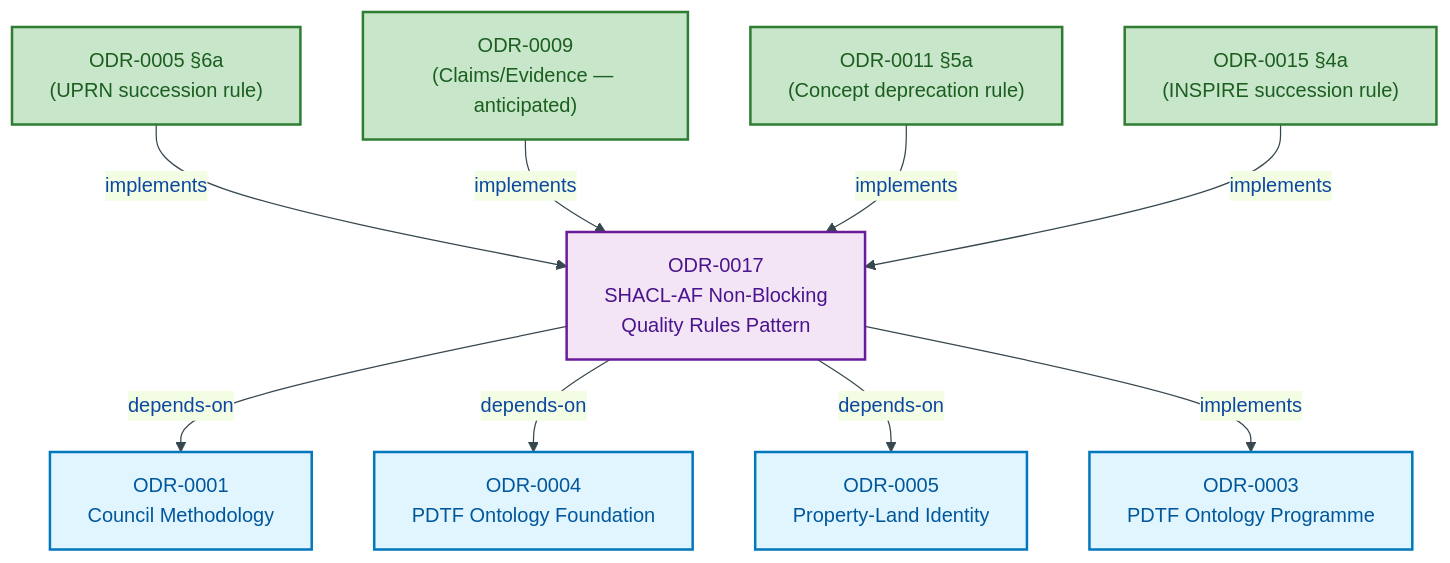
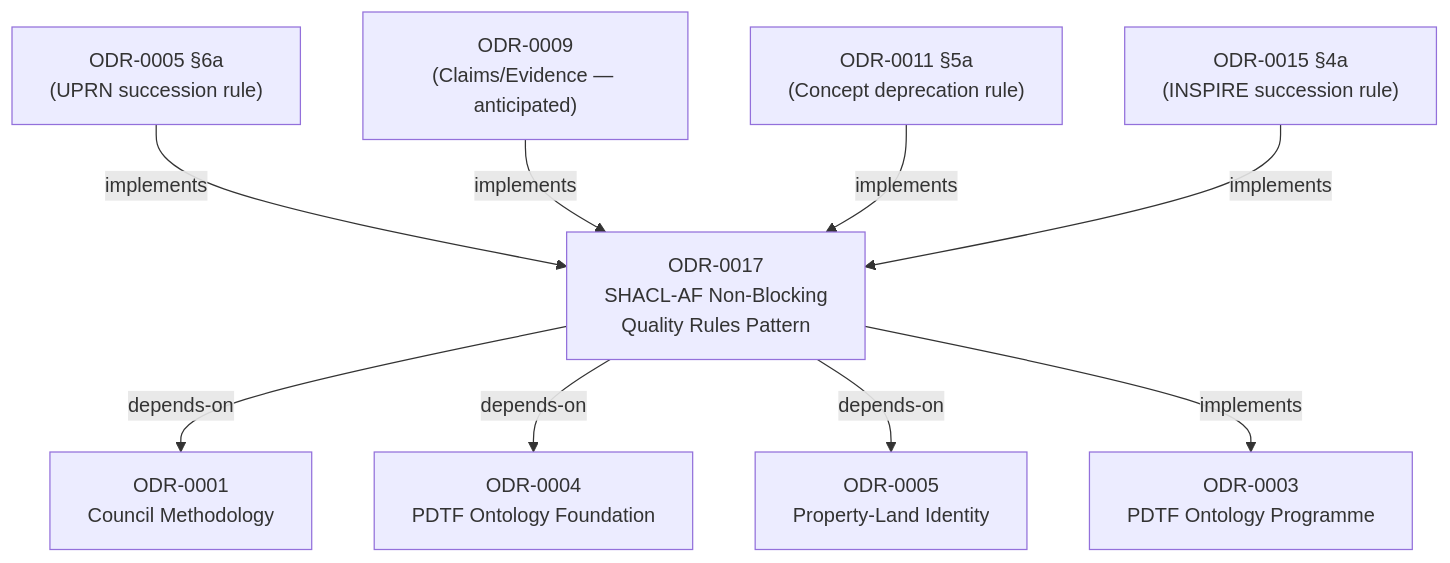
Before and after one commit to sparkling/opda: the fourth of 4 diagrams in docs/ontology/odr/ODR-0017-shacl-af-quality-rules-pattern.md, drawn with Mermaid. The commit also changed other lines of this file and 25 other files, not shown here.

````diff
--- a/docs/ontology/odr/ODR-0017-shacl-af-quality-rules-pattern.md
+++ b/docs/ontology/odr/ODR-0017-shacl-af-quality-rules-pattern.md
@@ -205,31 +191,27 @@
 ```mermaid
-%%{init:{"theme":"base","themeVariables":{"primaryColor":"#E3F2FD","primaryTextColor":"#0D47A1","primaryBorderColor":"#1565C0","lineColor":"#37474F"}}}%%
 flowchart TD
     accTitle: ODR-0017 depends-on and implements graph
     accDescr: Shows the depends-on relationships from ODR-0017 to ODR-0001, ODR-0004, ODR-0005 and the implements relationship to ODR-0003, plus the four citing sites that implement ODR-0017.
-    classDef process fill:#E1F5FE,stroke:#0277BD,stroke-width:2px,color:#01579B
-    classDef output fill:#C8E6C9,stroke:#2E7D32,stroke-width:2px,color:#1B5E20
-    classDef anchor fill:#F3E5F5,stroke:#6A1B9A,stroke-width:2px,color:#4A148C
 
-    ODR17["ODR-0017<br/>SHACL-AF Non-Blocking<br/>Quality Rules Pattern"]:::anchor
+    ODR17["ODR-0017<br/>SHACL-AF Non-Blocking<br/>Quality Rules Pattern"]:::user
 
     ODR01["ODR-0001<br/>Council Methodology"]:::process
     ODR04["ODR-0004<br/>PDTF Ontology Foundation"]:::process
     ODR05["ODR-0005<br/>Property-Land Identity"]:::process
     ODR03["ODR-0003<br/>PDTF Ontology Programme"]:::process
 
-    ODR05B["ODR-0005 §6a<br/>(UPRN succession rule)"]:::output
-    ODR09["ODR-0009<br/>(Claims/Evidence — anticipated)"]:::output
-    ODR11["ODR-0011 §5a<br/>(Concept deprecation rule)"]:::output
-    ODR15["ODR-0015 §4a<br/>(INSPIRE succession rule)"]:::output
+    ODR05B["ODR-0005 §6a<br/>(UPRN succession rule)"]:::success
+    ODR09["ODR-0009<br/>(Claims/Evidence — anticipated)"]:::success
+    ODR11["ODR-0011 §5a<br/>(Concept deprecation rule)"]:::success
+    ODR15["ODR-0015 §4a<br/>(INSPIRE succession rule)"]:::success
 
     ODR17 -->|"depends-on"| ODR01
     ODR17 -->|"depends-on"| ODR04
     ODR17 -->|"depends-on"| ODR05
     ODR17 -->|"implements"| ODR03
 
     ODR05B -->|"implements"| ODR17
     ODR09  -->|"implements"| ODR17
     ODR11  -->|"implements"| ODR17
     ODR15  -->|"implements"| ODR17
 ```
````
